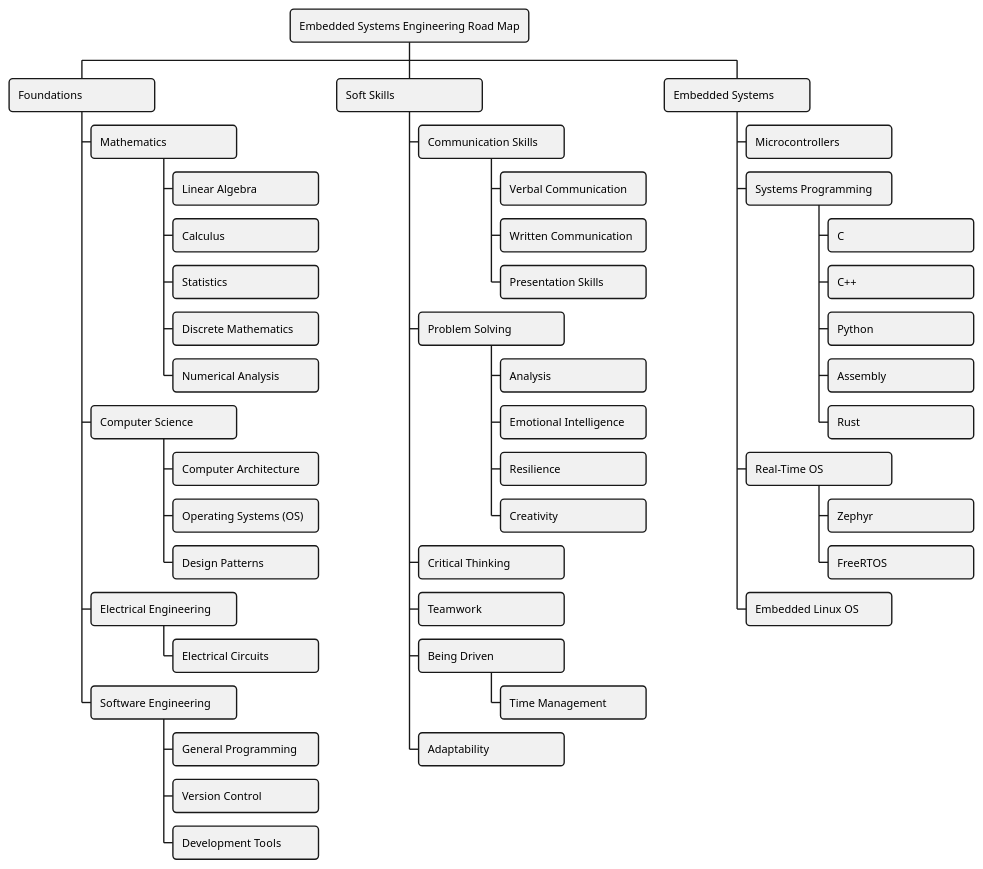
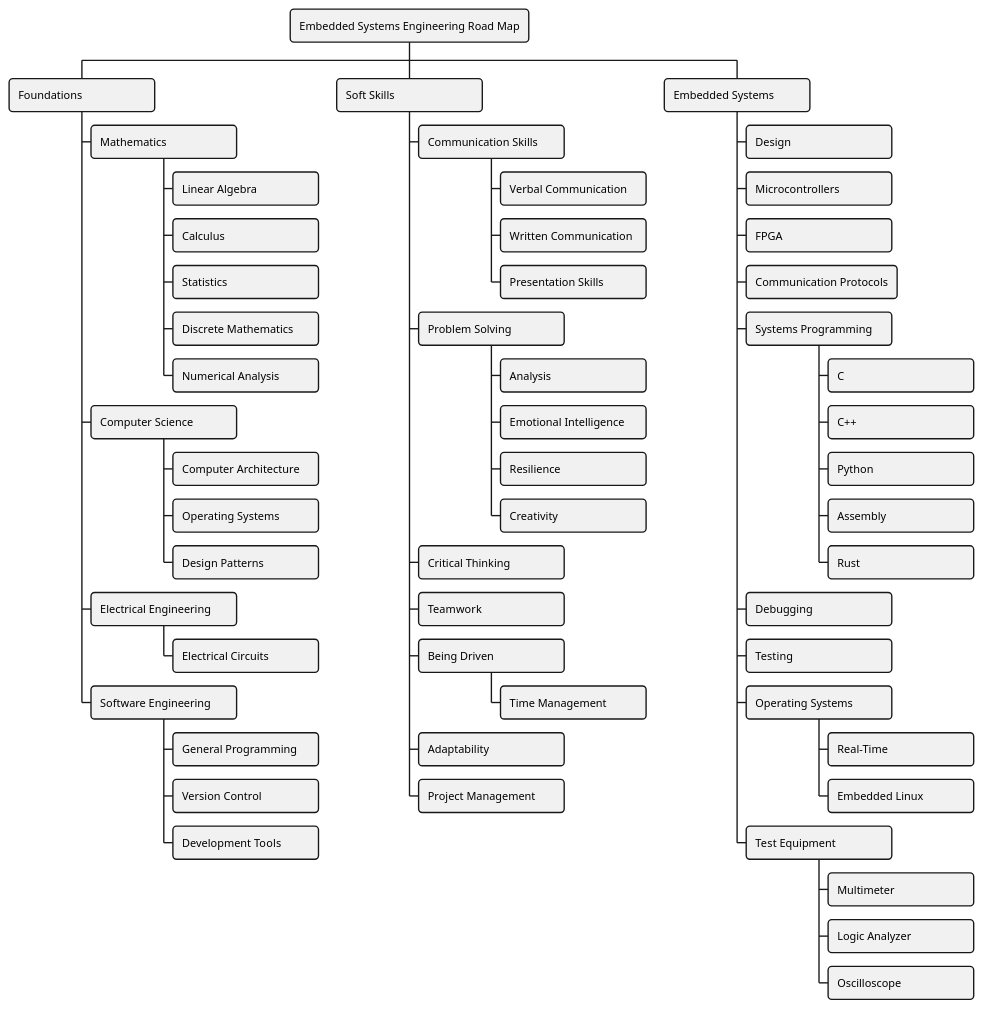
Before and after one commit to HenrikSamuelsson/embedded-systems-engineering-road-map: the diagram in resources/road-map.puml, drawn with PlantUML.

Commit message:
Add section on test equipment.

```diff
--- a/resources/road-map.puml
+++ b/resources/road-map.puml
@@ -1,54 +1,63 @@
 @startwbs Embedded Systemes Engineering Road Map
 <style>
 node {
     MinimumWidth 160
     MaximumWidth 1600
     RoundCorner 8
 }
 </style>
 + Embedded Systems Engineering Road Map
  + Foundations
   + Mathematics
    + Linear Algebra
    + Calculus
    + Statistics
    + Discrete Mathematics
    + Numerical Analysis
   + Computer Science
    + Computer Architecture
-   + Operating Systems (OS)
+   + Operating Systems
    + Design Patterns
   + Electrical Engineering
    + Electrical Circuits
   + Software Engineering
    + General Programming
    + Version Control
    + Development Tools
  + Soft Skills
   + Communication Skills
    + Verbal Communication
    + Written Communication
    + Presentation Skills
   + Problem Solving
    + Analysis
    + Emotional Intelligence
    + Resilience
    + Creativity
   + Critical Thinking
   + Teamwork
   + Being Driven
    + Time Management
   + Adaptability
+  + Project Management
  + Embedded Systems
+  + Design
   + Microcontrollers
+  + FPGA
+  + Communication Protocols
   + Systems Programming
    + C
    + C++
    + Python
    + Assembly
    + Rust
-  + Real-Time OS
-   + Zephyr
-   + FreeRTOS
-  + Embedded Linux OS
+  + Debugging
+  + Testing
+  + Operating Systems
+   + Real-Time
+   + Embedded Linux
+  + Test Equipment
+   + Multimeter
+   + Logic Analyzer
+   + Oscilloscope
 @endwbs
```
